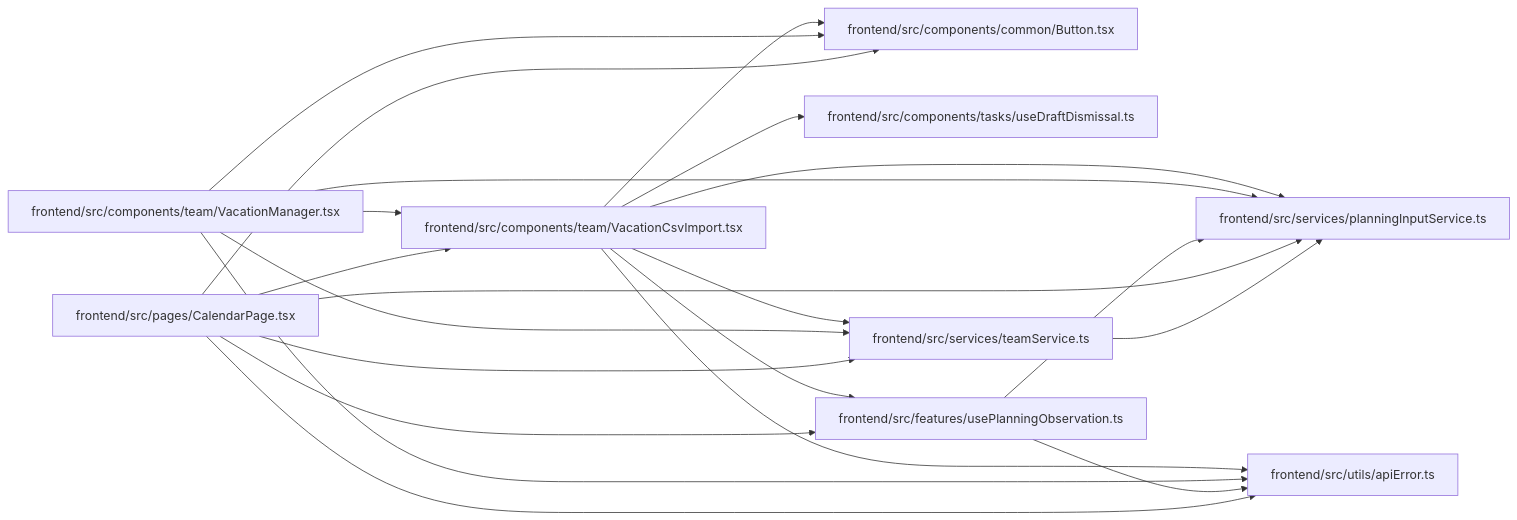
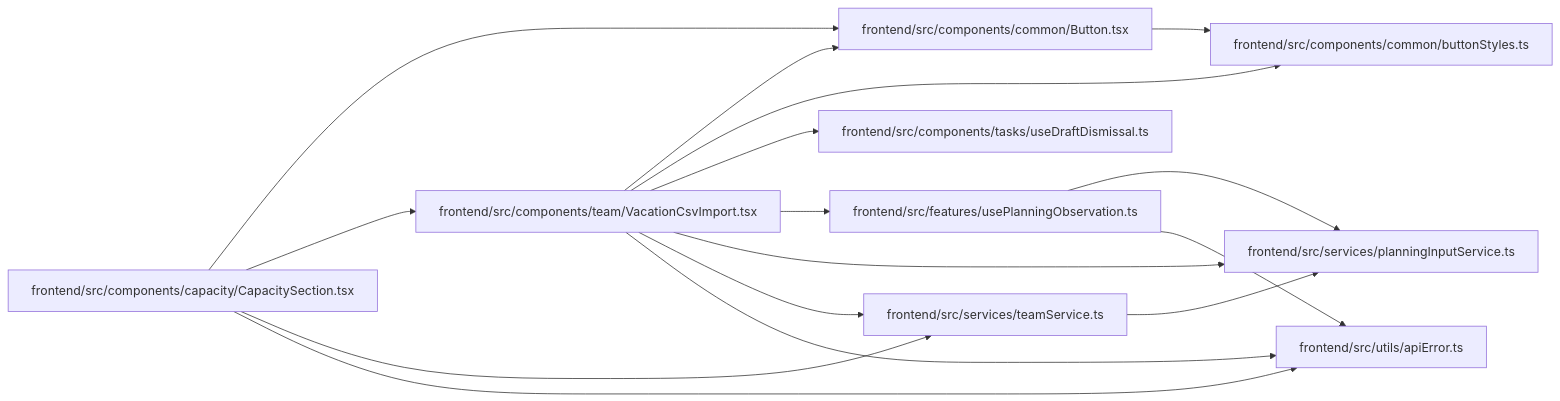
The diagram in docs/llm_wiki/modules/VacationCsvImport.md (Denissvgn/WorkChord), drawn with Mermaid before and after one commit. The commit also changed other lines of this file and 2373 other files, not shown here.

````diff
--- a/docs/llm_wiki/modules/VacationCsvImport.md
+++ b/docs/llm_wiki/modules/VacationCsvImport.md
@@ -34,41 +35,36 @@
 ```mermaid
 flowchart LR
-    n0["frontend/src/components/common/Button.tsx"]
-    n1["frontend/src/components/tasks/useDraftDismissal.ts"]
-    n2["frontend/src/components/team/VacationCsvImport.tsx"]
-    n3["frontend/src/components/team/VacationManager.tsx"]
-    n4["frontend/src/features/usePlanningObservation.ts"]
-    n5["frontend/src/pages/CalendarPage.tsx"]
+    n0["frontend/src/components/capacity/CapacitySection.tsx"]
+    n1["frontend/src/components/common/Button.tsx"]
+    n2["frontend/src/components/common/buttonStyles.ts"]
+    n3["frontend/src/components/tasks/useDraftDismissal.ts"]
+    n4["frontend/src/components/team/VacationCsvImport.tsx"]
+    n5["frontend/src/features/usePlanningObservation.ts"]
     n6["frontend/src/services/planningInputService.ts"]
     n7["frontend/src/services/teamService.ts"]
     n8["frontend/src/utils/apiError.ts"]
-    n2 --> n0
-    n2 --> n1
-    n2 --> n4
-    n2 --> n6
-    n2 --> n7
-    n2 --> n8
-    n3 --> n0
-    n3 --> n2
-    n3 --> n6
-    n3 --> n7
-    n3 --> n8
+    n0 --> n1
+    n0 --> n4
+    n0 --> n7
+    n0 --> n8
+    n1 --> n2
+    n4 --> n1
+    n4 --> n2
+    n4 --> n3
+    n4 --> n5
     n4 --> n6
+    n4 --> n7
     n4 --> n8
-    n5 --> n0
-    n5 --> n2
-    n5 --> n4
     n5 --> n6
-    n5 --> n7
     n5 --> n8
     n7 --> n6
-    click n0 "../modules/Button.md"
-    click n1 "../modules/useDraftDismissal.md"
-    click n2 "../modules/VacationCsvImport.md"
-    click n3 "../modules/VacationManager.md"
-    click n4 "../modules/usePlanningObservation.md"
-    click n5 "../modules/CalendarPage.md"
+    click n0 "../modules/CapacitySection.md"
+    click n1 "../modules/Button.md"
+    click n2 "../modules/buttonStyles.md"
+    click n3 "../modules/useDraftDismissal.md"
+    click n4 "../modules/VacationCsvImport.md"
+    click n5 "../modules/usePlanningObservation.md"
     click n6 "../modules/planningInputService.md"
     click n7 "../modules/teamService.md"
     click n8 "../modules/apiError.md"
 ```
````
